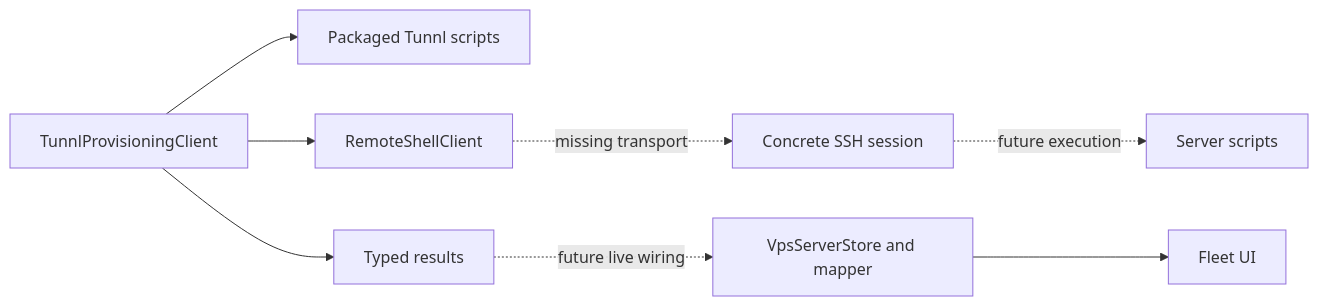
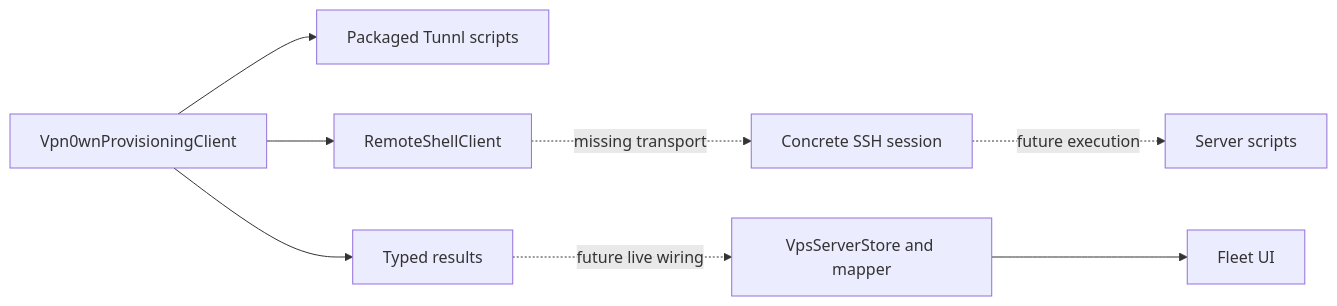
One commit to novakin/vpn0wn-android changed the second of 2 diagrams in docs/architecture.md. Above: the diagram before and after it, drawn with Mermaid. The commit also changed other lines of this file and 21 other files, not shown here.

````diff
--- a/docs/architecture.md
+++ b/docs/architecture.md
@@ -54,10 +54,10 @@
 ```mermaid
 flowchart LR
-    Client[TunnlProvisioningClient] --> Bundle[Packaged Tunnl scripts]
+    Client[Vpn0wnProvisioningClient] --> Bundle[Packaged Tunnl scripts]
     Client --> Boundary[RemoteShellClient]
     Boundary -. missing transport .-> SSH[Concrete SSH session]
     SSH -. future execution .-> Server[Server scripts]
     Client --> Results[Typed results]
     Results -. future live wiring .-> Fleet[VpsServerStore and mapper]
     Fleet --> Screen[Fleet UI]
 ```
````
